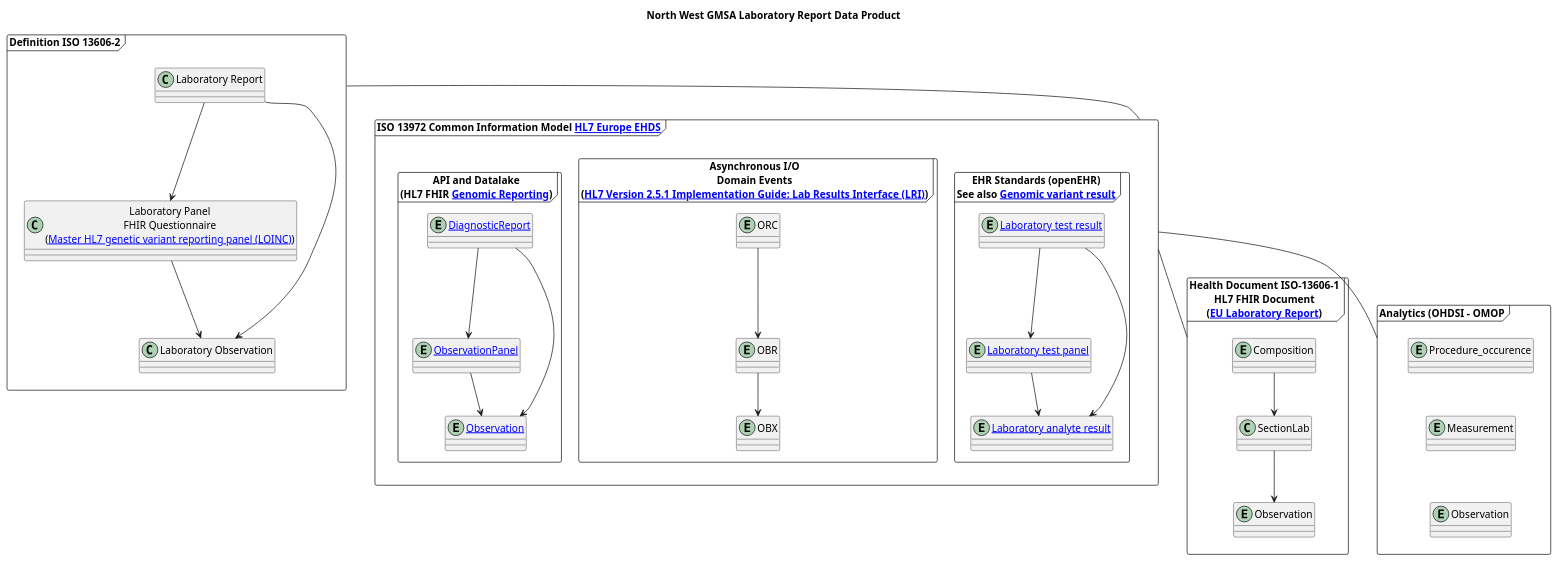
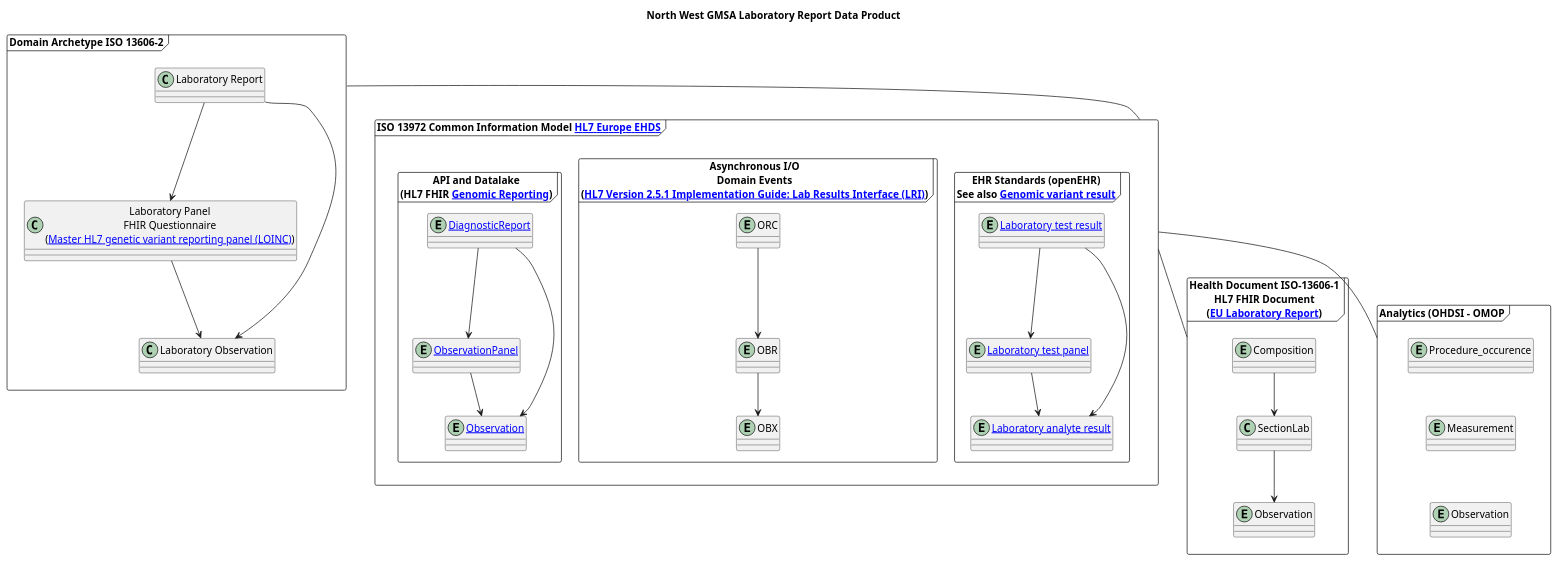
The diagram in input/images-source/LaboratoryReportDataProduct.plantuml (nw-gmsa/nw-gmsa.github.com), drawn with PlantUML before and after one commit.

Commit message:
First draft of LabReport Data Product

```diff
--- a/input/images-source/LaboratoryReportDataProduct.plantuml
+++ b/input/images-source/LaboratoryReportDataProduct.plantuml
@@ -1,79 +1,79 @@
 @startuml
 
 skinparam svgDimensionStyle false
 
 title "North West GMSA Laboratory Report Data Product"
 
-frame "Definition ISO 13606-2" as iso136062 {
+frame "Domain Archetype ISO 13606-2" as iso136062 {
 
   class "Laboratory Report" as LaboratoryReport {
   }
 
   class "Laboratory Panel\nFHIR Questionnaire\n([[https://nw-gmsa.github.io/R4/Questionnaire-81247-9.html Master HL7 genetic variant reporting panel (LOINC)]])" as LaboratoryPanel
 
   class "Laboratory Observation" as LaboratoryObservation
 
   LaboratoryReport --> LaboratoryPanel
   LaboratoryReport --> LaboratoryObservation
   LaboratoryPanel --> LaboratoryObservation
 }
 
 frame "ISO 13972 Common Information Model [[https://hl7europe.org/standards/ehds/ HL7 Europe EHDS]]" as iso13972 {
 
   frame "EHR Standards (openEHR)\nSee also [[https://ckm.openehr.org/ckm/archetypes/1013.1.3759 Genomic variant result]]" as openEHR {
     entity "[[https://ckm.openehr.org/ckm/archetypes/1013.1.2191 Laboratory test result]]" as openEHRLaboratoryReport
     entity "[[https://ckm.openehr.org/ckm/archetypes/1013.1.2192 Laboratory test panel]]" as openEHRLaboratoryPanel
     entity "[[https://ckm.openehr.org/ckm/archetypes/1013.1.2881 Laboratory analyte result]]" as openEHRLaboratoryAnalyte
 
     openEHRLaboratoryReport --> openEHRLaboratoryPanel
     openEHRLaboratoryReport --> openEHRLaboratoryAnalyte
     openEHRLaboratoryPanel --> openEHRLaboratoryAnalyte
 
   }
 
   frame "Asynchronous I/O\nDomain Events\n([[https://confluence.hl7.org/download/attachments/25559919/2018%2004%2003%20-%20V2%20LRI%20-%20Ch.%205%20CG%20and%20Code%20System%20Tables.pdf?api=v2 HL7 Version 2.5.1 Implementation Guide: Lab Results Interface (LRI)]])" as HL7v2 {
     entity ORC
     entity OBR
     entity OBX
 
     ORC --> OBR
     OBR --> OBX
 
   }
 
   frame "API and Datalake\n(HL7 FHIR [[https://build.fhir.org/ig/HL7/genomics-reporting/index.html Genomic Reporting]])" as FHR {
     entity "[[DiagnosticReport]]" as DiagnosticReport
     entity "[[StructureDefinition-Observation-Panel.html ObservationPanel]]" as ObservationPanel
     entity "[[Observation]]" as Observation
 
     DiagnosticReport --> ObservationPanel
     DiagnosticReport --> Observation
     ObservationPanel --> Observation
 
   }
 }
 
 frame "Health Document ISO-13606-1\nHL7 FHIR Document\n([[https://build.fhir.org/ig/hl7-eu/laboratory/ EU Laboratory Report]])" as iso136061 {
     entity Composition
     class SectionLab
     entity Observation
 
     Composition --> SectionLab
     SectionLab --> Observation
 }
 
 frame "Analytics (OHDSI - OMOP" as Analytics {
     entity Procedure_occurence
     entity Measurement
     entity "Observation" as OMOPObservation
 
     Procedure_occurence -d[hidden]- Measurement
     Measurement -d[hidden]- OMOPObservation
 }
 
 iso136062 -d- iso13972
 iso13972 -d- iso136061
 iso13972 -d- Analytics
 
 
 @enduml
```
